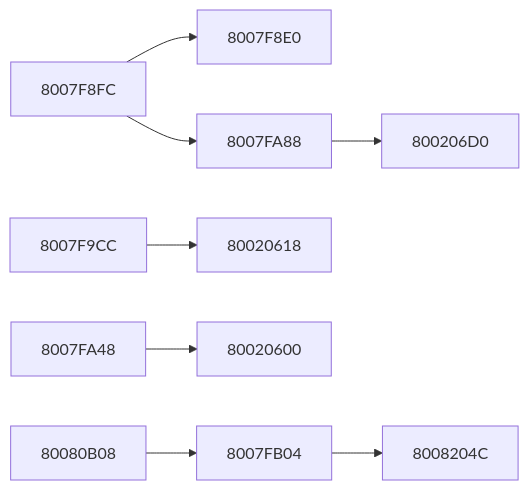
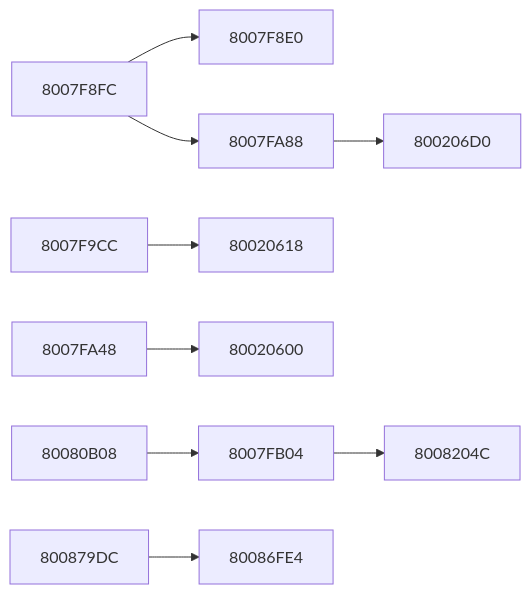
Before and after one commit to kai-luni/Future-Cop-L.A.P.D-PS1: the fourth of 11 diagrams in docs/FUNCTION_MAP.md, drawn with Mermaid. The commit also changed other lines of this file, not shown here.

````diff
--- a/docs/FUNCTION_MAP.md
+++ b/docs/FUNCTION_MAP.md
@@ -505,21 +737,24 @@
 ```mermaid
 graph LR
     f8007f8fc --> f8007f8e0
     f8007f8fc --> f8007fa88
     f8007f9cc --> f80020618
     f8007fa48 --> f80020600
     f8007fa88 --> f800206d0
     f8007fb04 --> f8008204c
     f80080b08 --> f8007fb04
+    f800879dc --> f80086fe4
     f80020600["80020600"]
     f80020618["80020618"]
     f800206d0["800206D0"]
     f8007f8e0["8007F8E0"]
     f8007f8fc["8007F8FC"]
     f8007f9cc["8007F9CC"]
     f8007fa48["8007FA48"]
     f8007fa88["8007FA88"]
     f8007fb04["8007FB04"]
     f80080b08["80080B08"]
     f8008204c["8008204C"]
+    f80086fe4["80086FE4"]
+    f800879dc["800879DC"]
 ```
````
